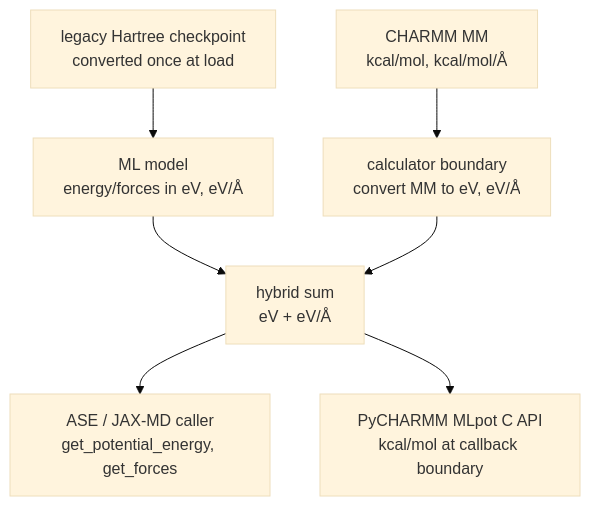
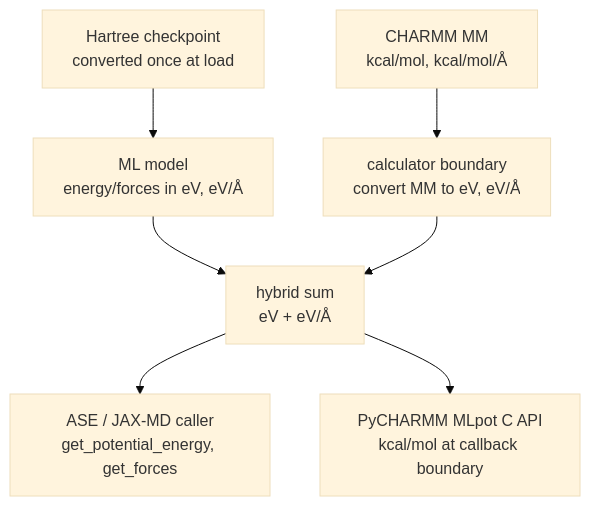
One commit to EricBoittier/karml changed the fourth of 4 diagrams in docs/UNITS_SUMMARY.md. Above: the diagram before and after it, drawn with Mermaid (base theme). The commit also changed other lines of this file and 21 other files, not shown here.

````diff
--- a/docs/UNITS_SUMMARY.md
+++ b/docs/UNITS_SUMMARY.md
@@ -184,15 +184,15 @@
 ```mermaid
 flowchart TB
   ML["ML model\nenergy/forces in eV, eV/Å"]
-  LEGACY["legacy Hartree checkpoint\nconverted once at load"]
+  HARTREE["Hartree checkpoint\nconverted once at load"]
   MM["CHARMM MM\nkcal/mol, kcal/mol/Å"]
   CONV["calculator boundary\nconvert MM to eV, eV/Å"]
   SUM["hybrid sum\neV + eV/Å"]
   ASE["ASE / JAX-MD caller\nget_potential_energy, get_forces"]
   MLPOT["PyCHARMM MLpot C API\nkcal/mol at callback boundary"]
 
-  LEGACY --> ML
+  HARTREE --> ML
   ML --> SUM
   MM --> CONV --> SUM --> ASE
   SUM --> MLPOT
 ```
````
